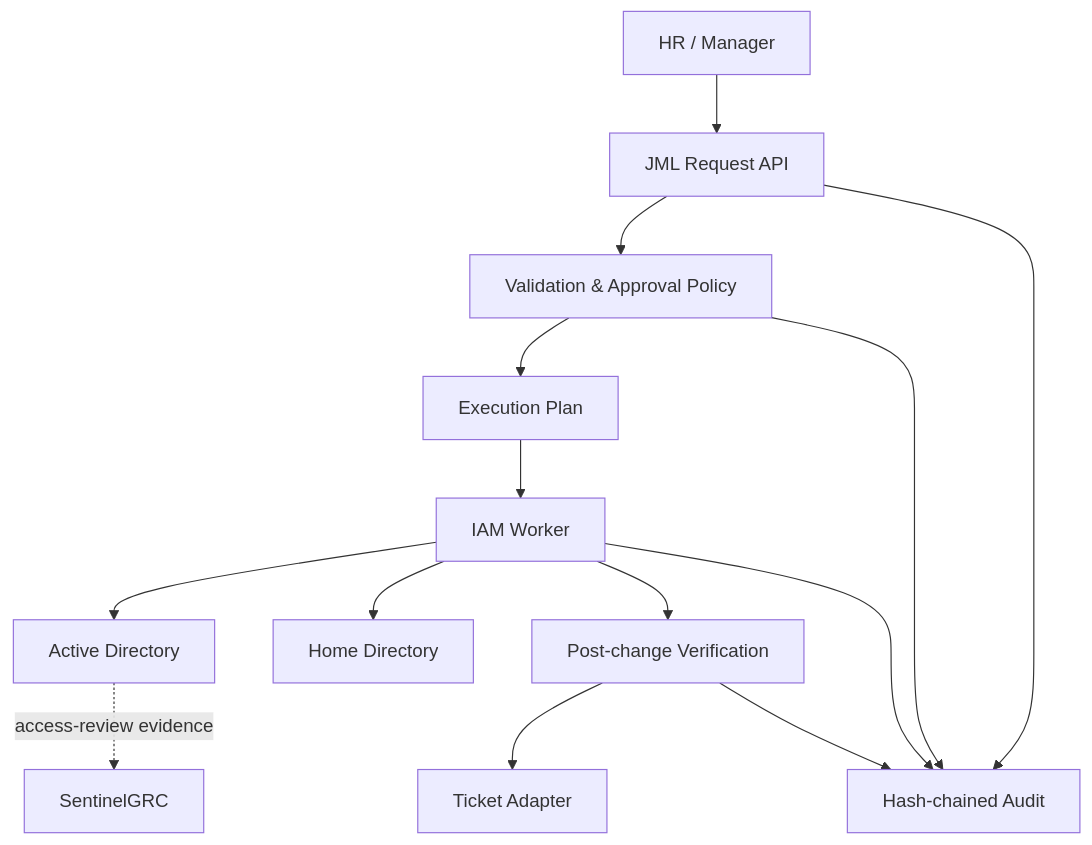
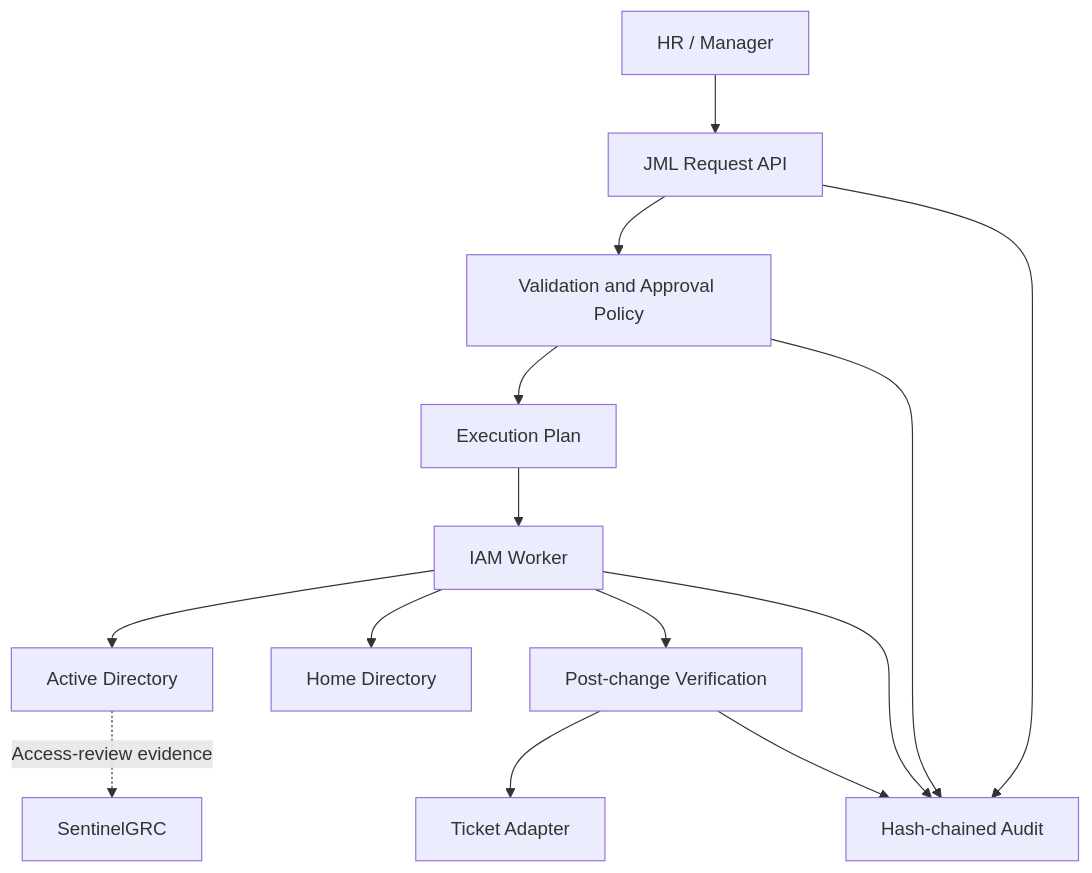
The first of 2 diagrams in docs/blueprint.md (SuriyaBoon/JML-Automation), drawn with Mermaid before and after one commit. The commit also changed other lines of this file and 1 other file, not shown here.

Commit message:
docs: add English architecture diagrams

````diff
--- a/docs/blueprint.md
+++ b/docs/blueprint.md
@@ -11,16 +11,16 @@
 ```mermaid
 flowchart TB
     HR["HR / Manager"] --> API["JML Request API"]
-    API --> POLICY["Validation & Approval Policy"]
+    API --> POLICY["Validation and Approval Policy"]
     POLICY --> PLAN["Execution Plan"]
     PLAN --> WORKER["IAM Worker"]
     WORKER --> AD["Active Directory"]
     WORKER --> FILE["Home Directory"]
     WORKER --> VERIFY["Post-change Verification"]
     VERIFY --> TICKET["Ticket Adapter"]
     API --> AUDIT["Hash-chained Audit"]
     POLICY --> AUDIT
     WORKER --> AUDIT
     VERIFY --> AUDIT
-    AD -. access-review evidence .-> SENTINEL["SentinelGRC"]
+    AD -. "Access-review evidence" .-> SENTINEL["SentinelGRC"]
 ```
````
